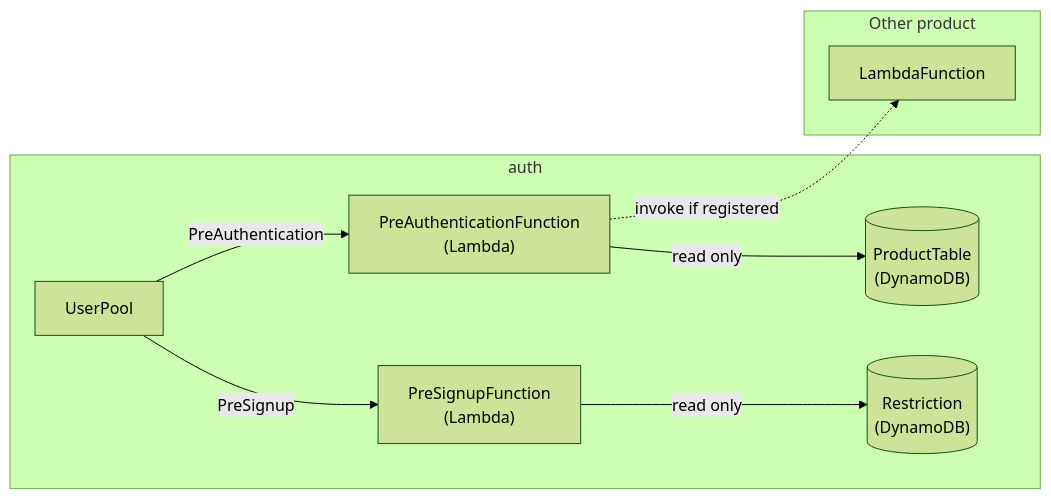
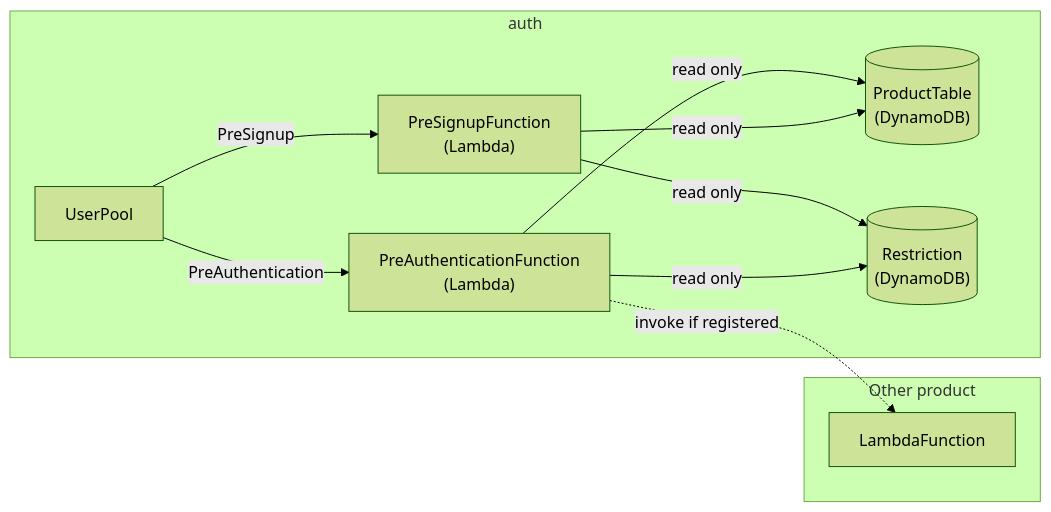
Before and after one commit to yunomu/auth: the diagram in README.md, drawn with Mermaid (forest theme). The commit also changed other lines of this file, not shown here.

````diff
--- a/README.md
+++ b/README.md
@@ -9,21 +9,23 @@
 ```mermaid
 graph LR;
   subgraph auth
     UserPool[UserPool]
     PreSign["PreSignupFunction\n(Lambda)"]
     PreAuth["PreAuthenticationFunction\n(Lambda)"]
     Product[("ProductTable\n(DynamoDB)")]
     Restriction[("Restriction\n(DynamoDB)")]
   end
 
   UserPool -- PreAuthentication --> PreAuth
   UserPool -- PreSignup --> PreSign
   PreAuth -- read only --> Product
   PreSign -- read only --> Restriction
+  PreAuth -- read only --> Restriction
+  PreSign -- read only --> Product
 
   subgraph otherproduct[Other product]
     Function[LambdaFunction]
   end
 
   PreAuth -. invoke if registered .-> Function
 ```
````
